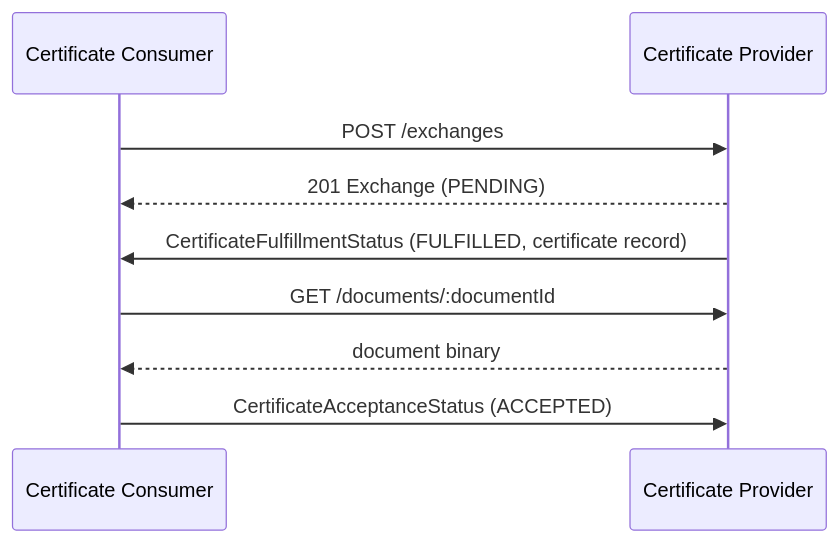
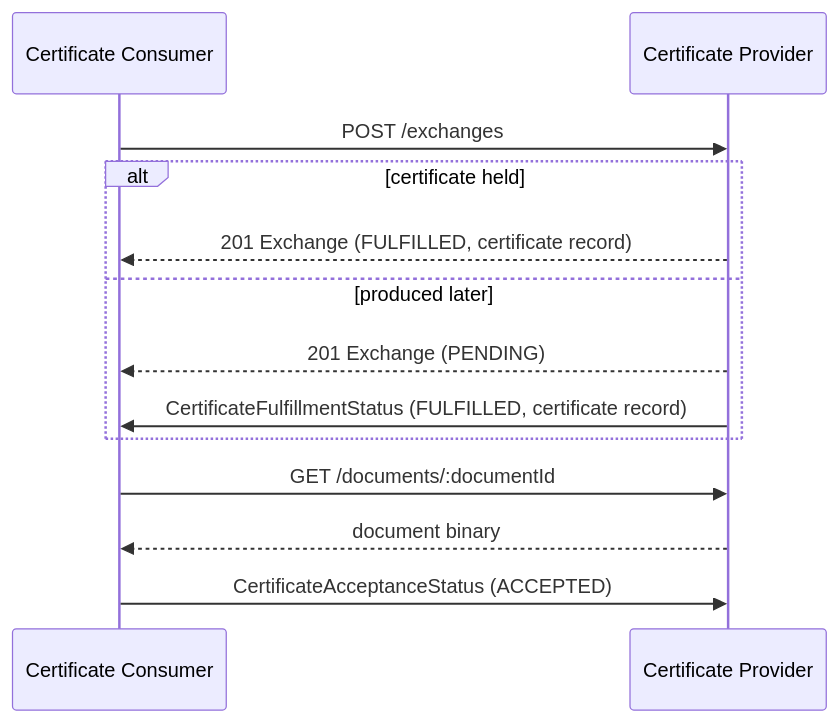
One commit to Metaform/certo changed the third of 3 diagrams in docs/sce/certificate-exchange.md. Above: the diagram before and after it, drawn with Mermaid. The commit also changed other lines of this file and 2 other files, not shown here.

Commit message:
feat: simplify the protocol flow

````diff
--- a/docs/sce/certificate-exchange.md
+++ b/docs/sce/certificate-exchange.md
@@ -423,11 +403,15 @@
 ```mermaid
 sequenceDiagram
     participant con as Certificate Consumer
     participant prov as Certificate Provider
     con ->> prov: POST /exchanges
-    prov -->> con: 201 Exchange (PENDING)
-    prov ->> con: CertificateFulfillmentStatus (FULFILLED, certificate record)
+    alt certificate held
+        prov -->> con: 201 Exchange (FULFILLED, certificate record)
+    else produced later
+        prov -->> con: 201 Exchange (PENDING)
+        prov ->> con: CertificateFulfillmentStatus (FULFILLED, certificate record)
+    end
     con ->> prov: GET /documents/:documentId
     prov -->> con: document binary
     con ->> prov: CertificateAcceptanceStatus (ACCEPTED)
 ```
````
